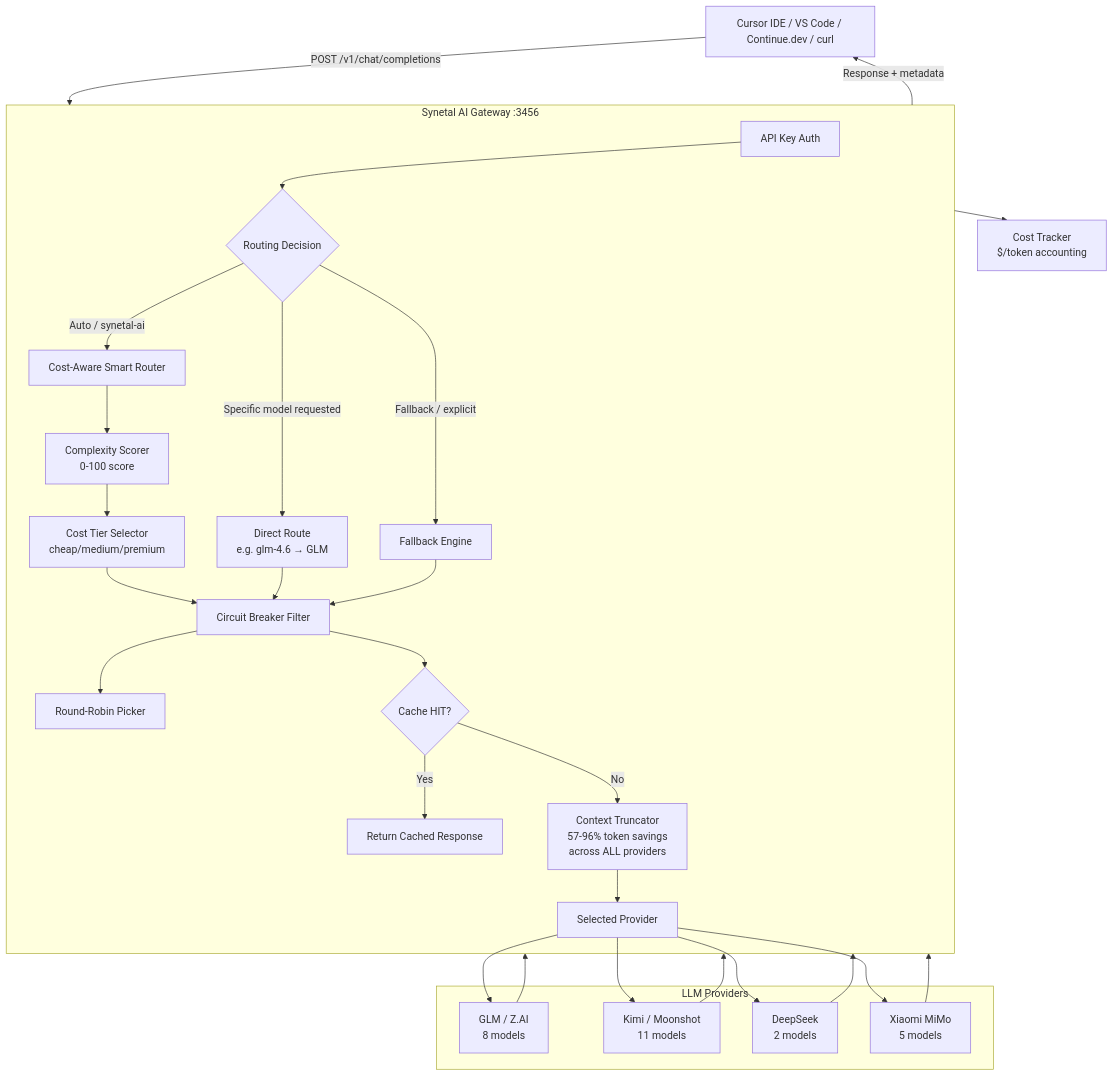
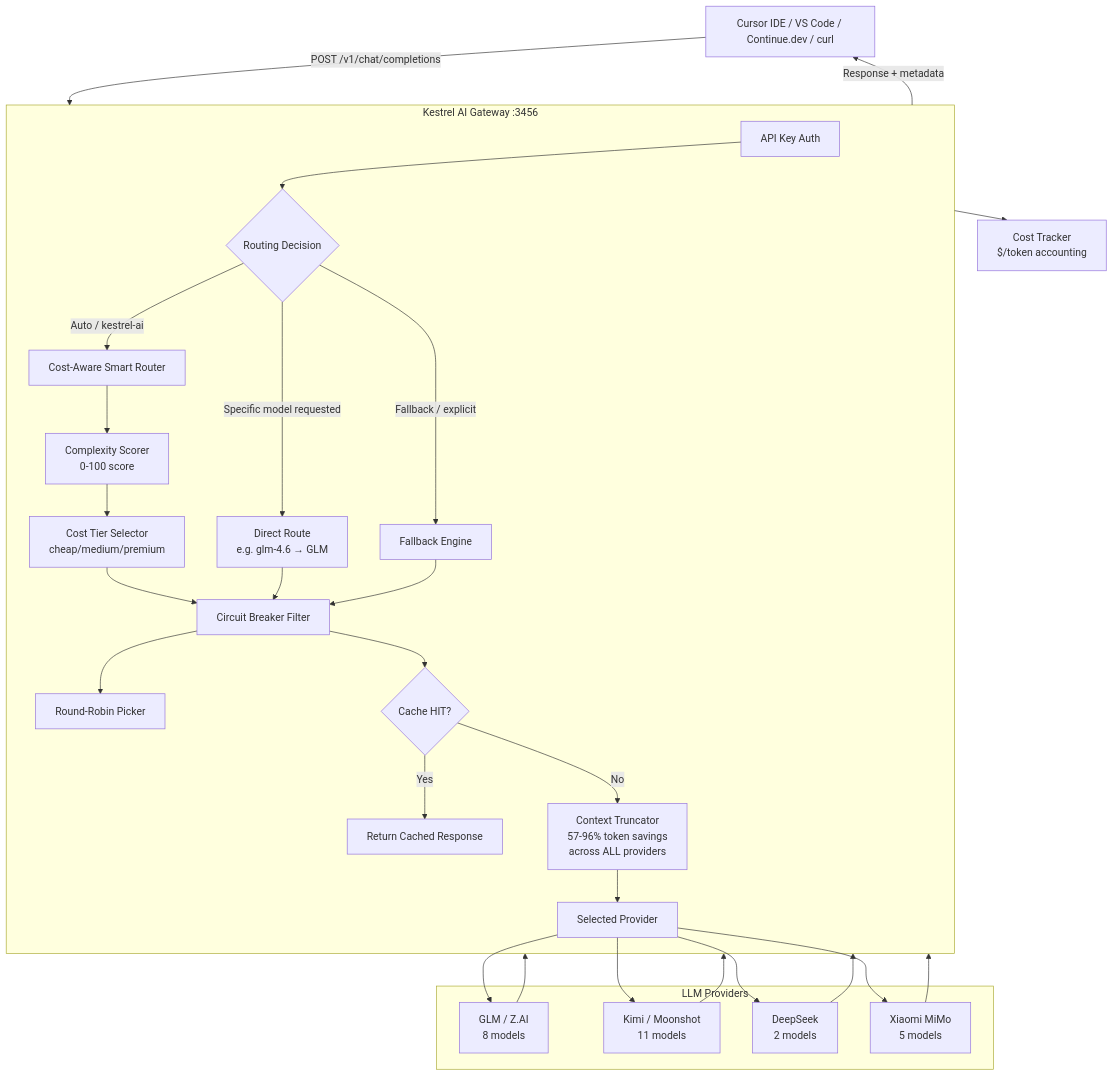
One commit to synetalsolutions/synetal-ai-gateway changed the diagram in README.md. Above: the diagram before and after it, drawn with Mermaid. The commit also changed other lines of this file and 18 other files, not shown here.

First line of the commit message:
chore: rebrand Synetal AI Gateway → Kestrel AI Gateway (v2.5.0)

````diff
--- a/README.md
+++ b/README.md
@@ -282,43 +282,43 @@
 ```mermaid
 graph TB
     Client[Cursor IDE / VS Code / Continue.dev / curl]
     Client -->|POST /v1/chat/completions| Gateway
 
-    subgraph Gateway [Synetal AI Gateway :3456]
+    subgraph Gateway [Kestrel AI Gateway :3456]
         Auth[API Key Auth]
         Auth --> Router{Routing Decision}
 
         Router -->|Specific model requested| DirectRoute[Direct Route<br/>e.g. glm-4.6 → GLM]
-        Router -->|Auto / synetal-ai| Smart[Cost-Aware Smart Router]
+        Router -->|Auto / kestrel-ai| Smart[Cost-Aware Smart Router]
         Router -->|Fallback / explicit| Classic[Fallback Engine]
 
         Smart --> Scorer[Complexity Scorer<br/>0-100 score]
         Scorer --> Tier[Cost Tier Selector<br/>cheap/medium/premium]
         Tier --> CB[Circuit Breaker Filter]
         CB --> RR[Round-Robin Picker]
 
         DirectRoute --> CB
         Classic --> CB
 
         CB --> Cache{Cache HIT?}
         Cache -->|Yes| ReturnCached[Return Cached Response]
         Cache -->|No| Trunc[Context Truncator<br/>57-96% token savings<br/>across ALL providers]
         Trunc --> Provider
     end
 
     subgraph Providers [LLM Providers]
         Provider[Selected Provider]
         Provider --> GLM[GLM / Z.AI<br/>8 models]
         Provider --> Kimi[Kimi / Moonshot<br/>11 models]
         Provider --> DS[DeepSeek<br/>2 models]
         Provider --> MiMo[Xiaomi MiMo<br/>5 models]
     end
 
     GLM --> Gateway
     Kimi --> Gateway
     DS --> Gateway
     MiMo --> Gateway
 
     Gateway -->|Response + metadata| Client
     Gateway --> CostTracker[Cost Tracker<br/>$/token accounting]
 ```
````
